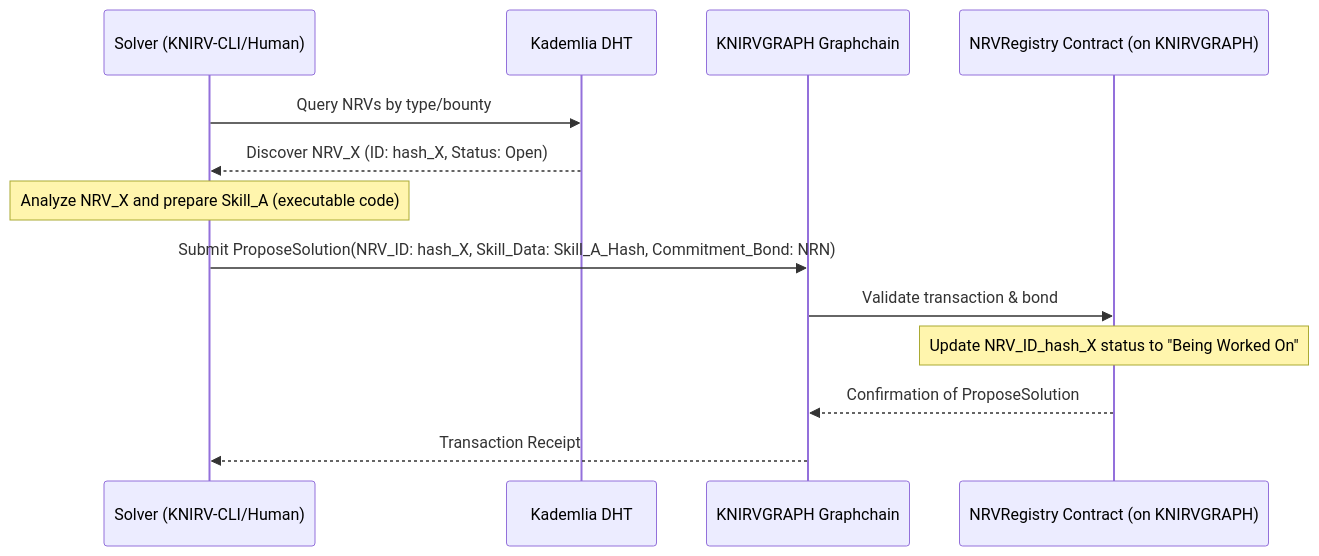
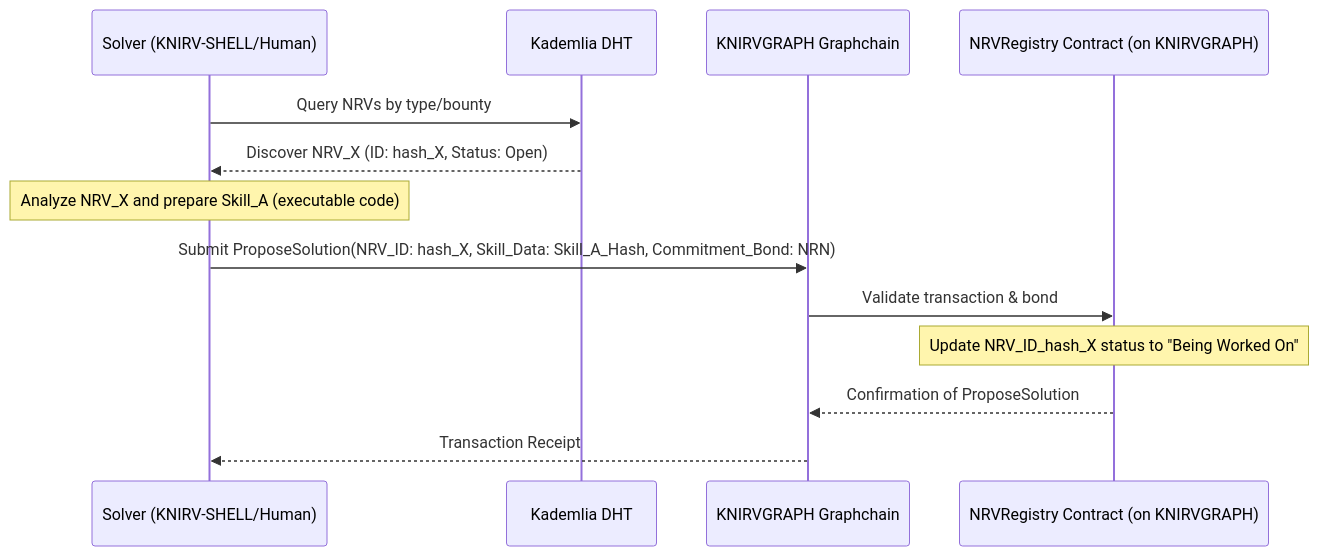
Before and after one commit to guiperry/KNIRV_NETWORK: the third of 9 diagrams in KNIRVGATEWAY/network-website/public/documentation/docsify/whitepapers/KNIRV-GRAPH_Whitepaper.md, drawn with Mermaid. The commit also changed other lines of this file and 11499 other files, not shown here.

````diff
--- a/KNIRVGATEWAY/network-website/public/documentation/docsify/whitepapers/KNIRV-GRAPH_Whitepaper.md
+++ b/KNIRVGATEWAY/network-website/public/documentation/docsify/whitepapers/KNIRV-GRAPH_Whitepaper.md
@@ -205,20 +205,20 @@
 ```mermaid
 sequenceDiagram
-    participant Solver as Solver (KNIRV-CLI/Human)
+    participant Solver as Solver (KNIRV-SHELL/Human)
     participant DHT as Kademlia DHT
     participant KGBC as KNIRVGRAPH Graphchain
     participant NRC as NRVRegistry Contract (on KNIRVGRAPH)
     
     Solver->>DHT: Query NRVs by type/bounty
     DHT-->>Solver: Discover NRV_X (ID: hash_X, Status: Open)
     
     Note over Solver: Analyze NRV_X and prepare Skill_A (executable code)
     
     Solver->>KGBC: Submit ProposeSolution(NRV_ID: hash_X, Skill_Data: Skill_A_Hash, Commitment_Bond: NRN)
     KGBC->>NRC: Validate transaction & bond
     
     Note over NRC: Update NRV_ID_hash_X status to "Being Worked On"
     
     NRC-->>KGBC: Confirmation of ProposeSolution
     KGBC-->>Solver: Transaction Receipt
 ```
````
